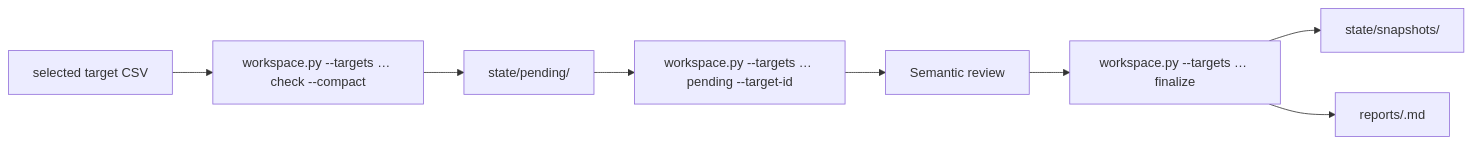
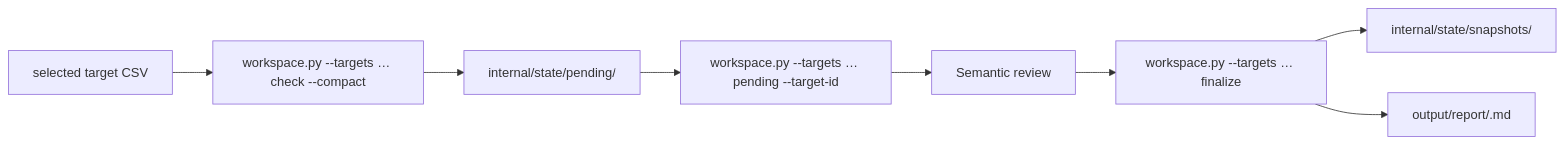
The first of 2 diagrams in skills/web-update-monitor/SKILL.md (dceoy/wsum), drawn with Mermaid before and after one commit. The commit also changed other lines of this file, not shown here.

````diff
--- a/skills/web-update-monitor/SKILL.md
+++ b/skills/web-update-monitor/SKILL.md
@@ -20,10 +20,10 @@
 ```mermaid
 flowchart LR
     A["selected target CSV"] --> B["workspace.py --targets … check --compact"]
-    B --> C["state/pending/<target-id>"]
+    B --> C["internal/state/pending/<target-id>"]
     C --> D["workspace.py --targets … pending --target-id"]
     D --> E["Semantic review"]
     E --> F["workspace.py --targets … finalize"]
-    F --> G["state/snapshots/"]
-    F --> H["reports/<run-id>.md"]
+    F --> G["internal/state/snapshots/"]
+    F --> H["output/report/<run-id>.md"]
 ```
````
